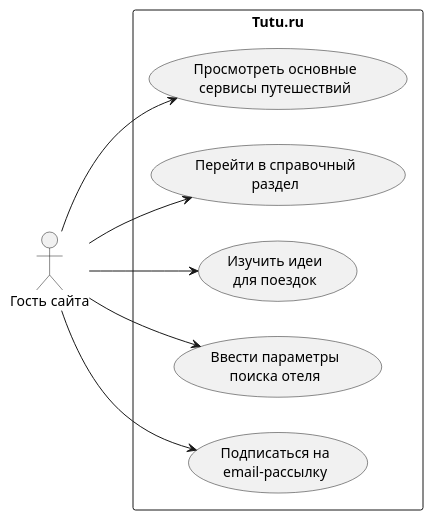
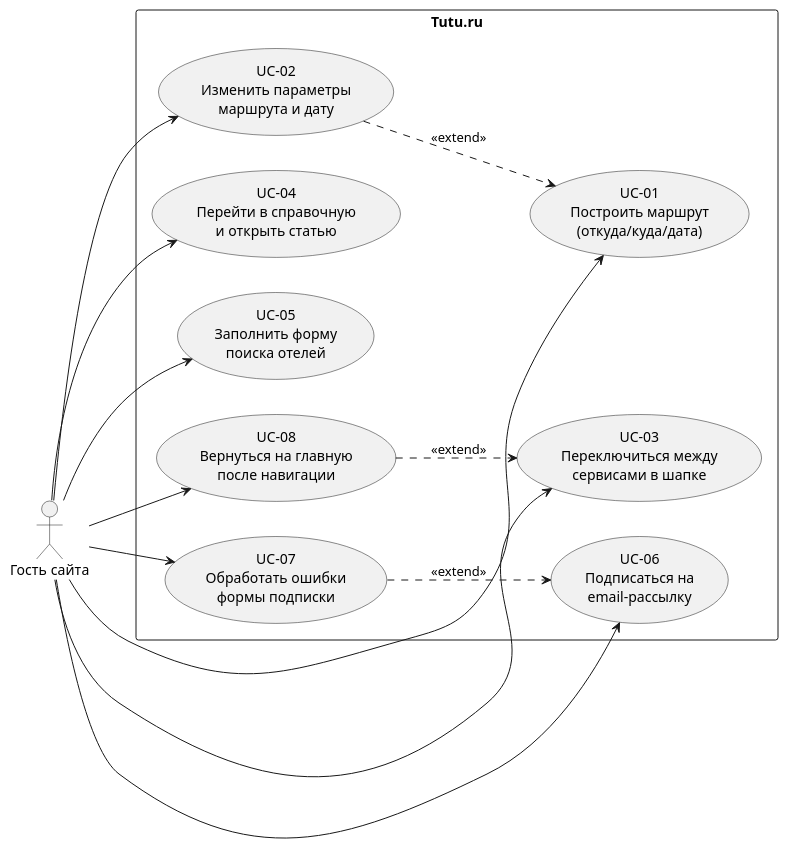
Before and after one commit to listoCheck/Software-testing: the diagram in docs/tasks/lab3/use-cases.puml, drawn with PlantUML. The commit also changed 6 other files, not shown here.

```diff
--- a/docs/tasks/lab3/use-cases.puml
+++ b/docs/tasks/lab3/use-cases.puml
@@ -1,20 +1,30 @@
 @startuml
 left to right direction
 skinparam packageStyle rectangle
 
 actor "Гость сайта" as Guest
 
 rectangle "Tutu.ru" {
-  usecase "Просмотреть основные\nсервисы путешествий" as UC1
-  usecase "Перейти в справочный\nраздел" as UC2
-  usecase "Изучить идеи\nдля поездок" as UC3
-  usecase "Ввести параметры\nпоиска отеля" as UC4
-  usecase "Подписаться на\nemail-рассылку" as UC5
+  usecase "UC-01\nПостроить маршрут\n(откуда/куда/дата)" as UC01
+  usecase "UC-02\nИзменить параметры\nмаршрута и дату" as UC02
+  usecase "UC-03\nПереключиться между\nсервисами в шапке" as UC03
+  usecase "UC-04\nПерейти в справочную\nи открыть статью" as UC04
+  usecase "UC-05\nЗаполнить форму\nпоиска отелей" as UC05
+  usecase "UC-06\nПодписаться на\nemail-рассылку" as UC06
+  usecase "UC-07\nОбработать ошибки\nформы подписки" as UC07
+  usecase "UC-08\nВернуться на главную\nпосле навигации" as UC08
 }
 
-Guest --> UC1
-Guest --> UC2
-Guest --> UC3
-Guest --> UC4
-Guest --> UC5
+Guest --> UC01
+Guest --> UC02
+Guest --> UC03
+Guest --> UC04
+Guest --> UC05
+Guest --> UC06
+Guest --> UC07
+Guest --> UC08
+
+UC02 ..> UC01 : <<extend>>
+UC07 ..> UC06 : <<extend>>
+UC08 ..> UC03 : <<extend>>
 @enduml
```
